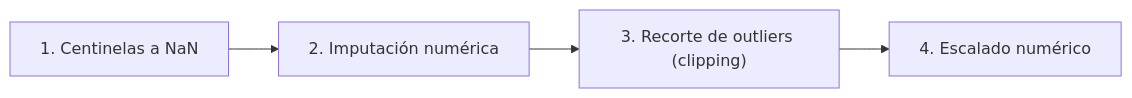
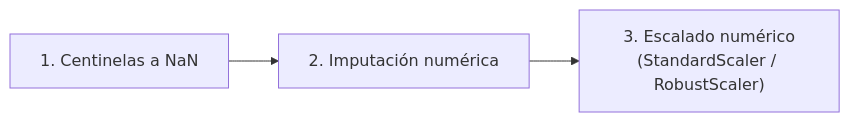
One commit to acamarac02/DevTacora changed the second of 2 diagrams in docs/02_pia_2627/ut3_preparacion_analisis_datos/5-preprocesamiento-imputacion-escalado.md. Above: the diagram before and after it, drawn with Mermaid. The commit also changed other lines of this file and 9 other files, not shown here.

````diff
--- a/docs/02_pia_2627/ut3_preparacion_analisis_datos/5-preprocesamiento-imputacion-escalado.md
+++ b/docs/02_pia_2627/ut3_preparacion_analisis_datos/5-preprocesamiento-imputacion-escalado.md
@@ -158,6 +157,5 @@
 ```mermaid
 flowchart LR
     A["1. Centinelas a NaN"] --> B["2. Imputación numérica"]
-    B --> C["3. Recorte de outliers (clipping)"]
-    C --> D["4. Escalado numérico"]
+    B --> C["3. Escalado numérico<br/>(StandardScaler / RobustScaler)"]
 ```
````
